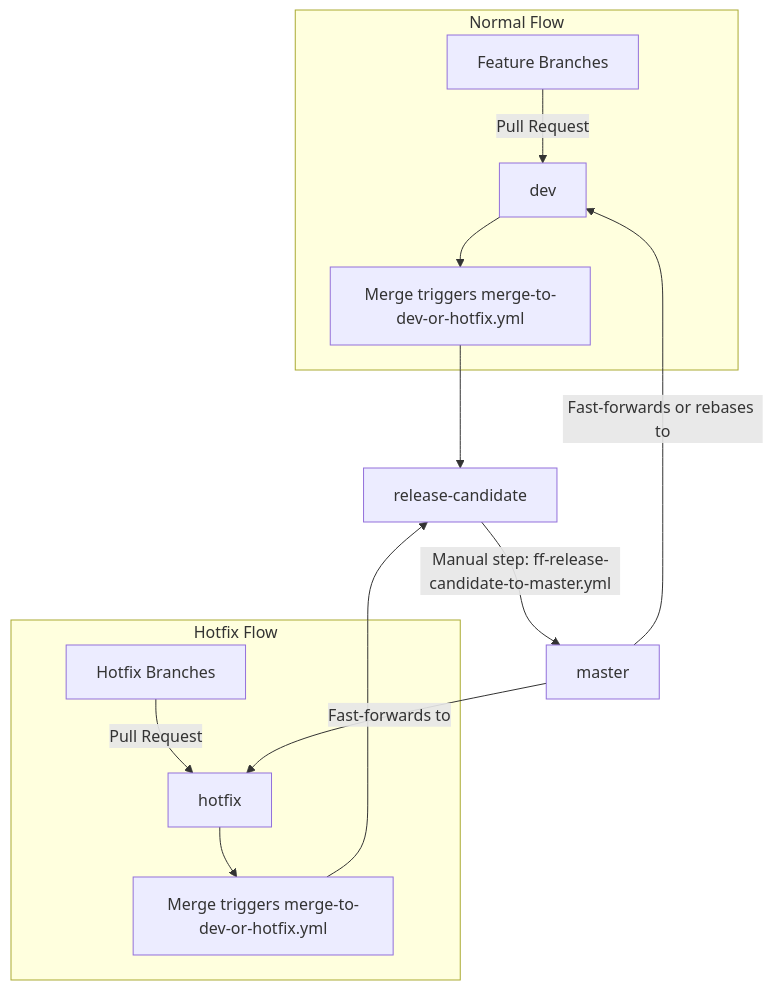
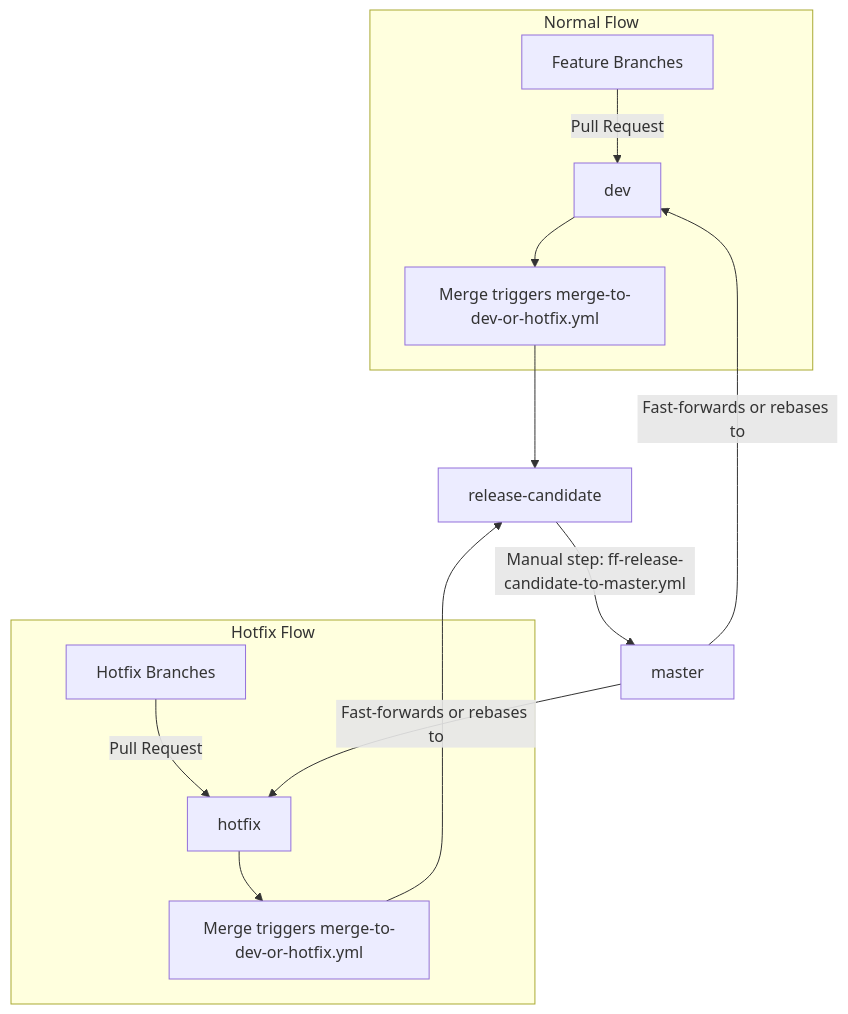
Before and after one commit to NexusMutual/workflows: the diagram in README.md, drawn with Mermaid. The commit also changed other lines of this file, not shown here.

````diff
--- a/README.md
+++ b/README.md
@@ -21,19 +21,19 @@
 ```mermaid
 flowchart TD
     subgraph Normal Flow
         A[Feature Branches] -->|Pull Request| B[dev]
         B[dev] --> C_dev_merge[Merge triggers merge-to-dev-or-hotfix.yml]
     end
 
     subgraph Hotfix Flow
         H[Hotfix Branches] -->|Pull Request| G[hotfix]
         G[hotfix] --> C_hotfix_merge[Merge triggers merge-to-dev-or-hotfix.yml]
     end
 
     C_dev_merge --> RC[release-candidate]
     C_hotfix_merge --> RC
 
     RC -->|Manual step: ff-release-candidate-to-master.yml| D[master]
     D -->|Fast-forwards or rebases to| B
-    D -->|Fast-forwards to| G
+    D -->|Fast-forwards or rebases to| G
 ```
````
